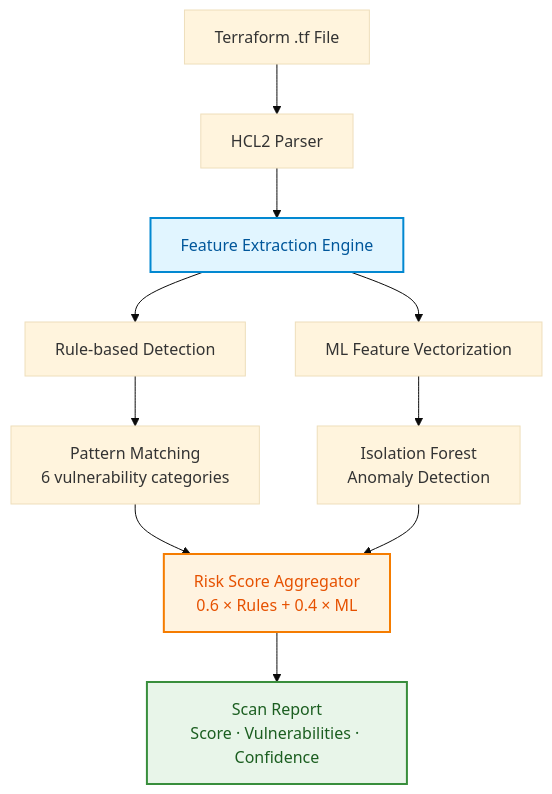
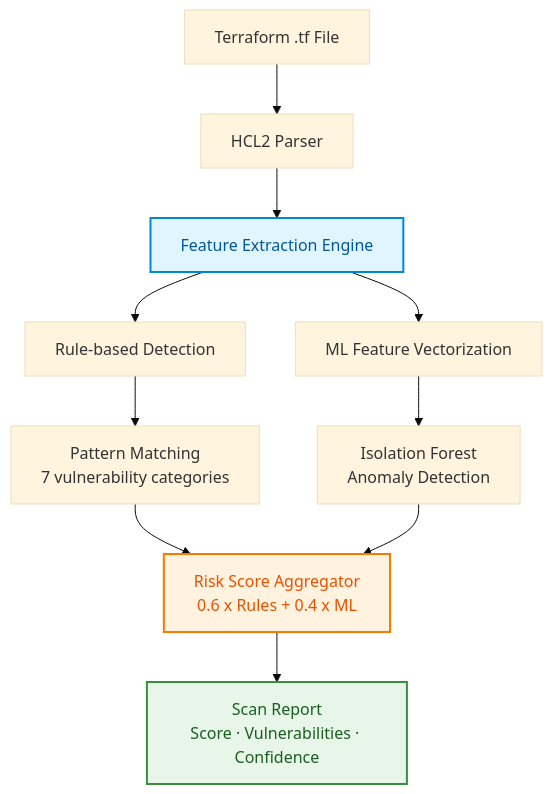
The first of 2 diagrams in README.md (oguarni/terrasafe), drawn with Mermaid (base theme) before and after one commit. The commit also changed other lines of this file and 20 other files, not shown here.

````diff
--- a/README.md
+++ b/README.md
@@ -141,20 +142,20 @@
 ```mermaid
 graph TD
     A[Terraform .tf File] --> B[HCL2 Parser]
     B --> C[Feature Extraction Engine]
 
     C --> D[Rule-based Detection]
     C --> E[ML Feature Vectorization]
 
-    D --> F[Pattern Matching<br>6 vulnerability categories]
+    D --> F[Pattern Matching<br>7 vulnerability categories]
     E --> G[Isolation Forest<br>Anomaly Detection]
 
-    F --> H[Risk Score Aggregator<br>0.6 × Rules + 0.4 × ML]
+    F --> H[Risk Score Aggregator<br>0.6 x Rules + 0.4 x ML]
     G --> H
 
     H --> I[Scan Report<br>Score · Vulnerabilities · Confidence]
 
     style C fill:#e1f5ff,stroke:#0288d1,stroke-width:2px,color:#01579b
     style H fill:#fff3e0,stroke:#f57c00,stroke-width:2px,color:#e65100
     style I fill:#e8f5e9,stroke:#388e3c,stroke-width:2px,color:#1b5e20
 ```
````
